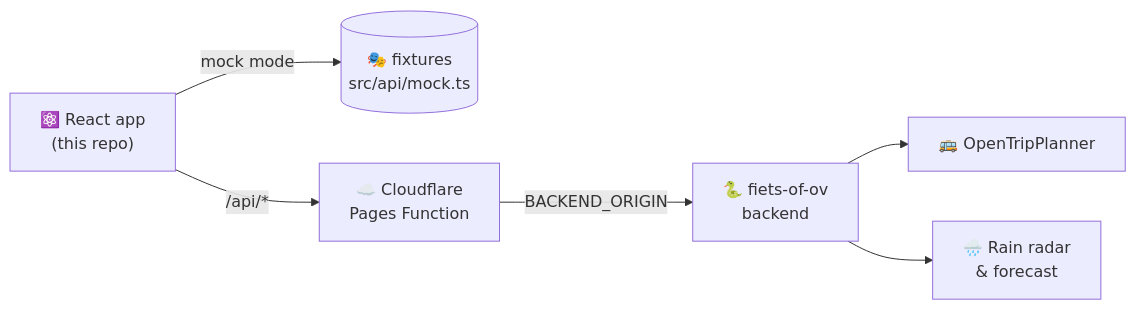
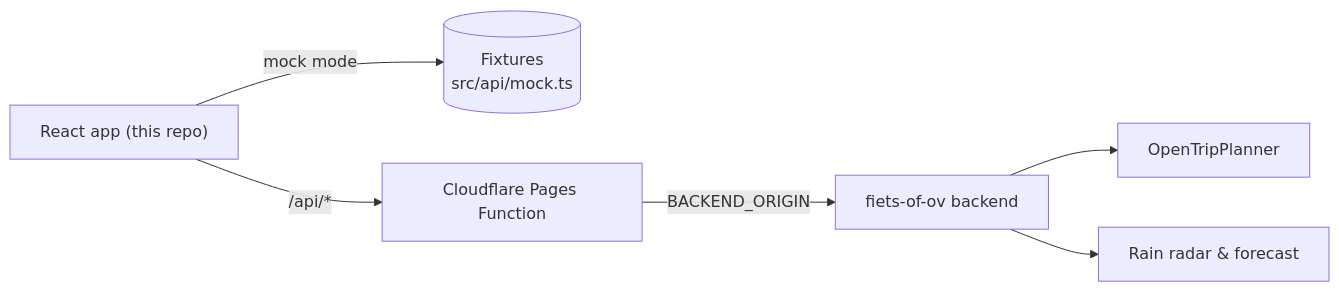
Before and after one commit to rospocroccante/fiets-of-ov-frontend: the diagram in README.md, drawn with Mermaid. The commit also changed other lines of this file, not shown here.

````diff
--- a/README.md
+++ b/README.md
@@ -37,9 +37,9 @@
 ```mermaid
 flowchart LR
-    UI["⚛️ React app<br/>(this repo)"]
-    UI -- "mock mode" --> FX[("🎭 fixtures<br/>src/api/mock.ts")]
-    UI -- "/api/*" --> PF["☁️ Cloudflare<br/>Pages Function"]
-    PF -- "BACKEND_ORIGIN" --> BE["🐍 fiets-of-ov<br/>backend"]
-    BE --> OTP["🚌 OpenTripPlanner"]
-    BE --> RAIN["🌧️ Rain radar<br/>& forecast"]
+    UI["React app (this repo)"]
+    UI -- "mock mode" --> FX[("Fixtures<br/>src/api/mock.ts")]
+    UI -- "/api/*" --> PF["Cloudflare Pages Function"]
+    PF -- "BACKEND_ORIGIN" --> BE["fiets-of-ov backend"]
+    BE --> OTP["OpenTripPlanner"]
+    BE --> RAIN["Rain radar & forecast"]
 ```
````
